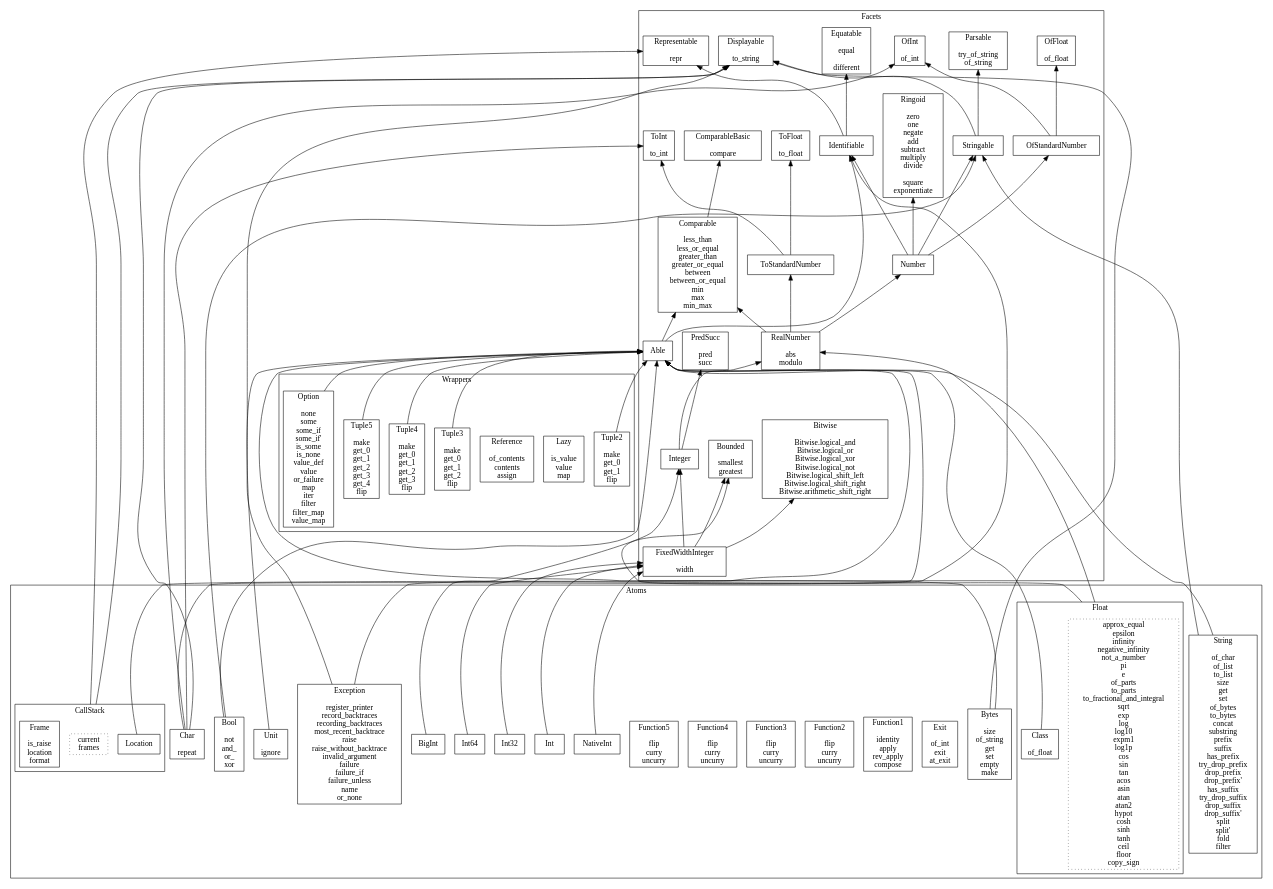
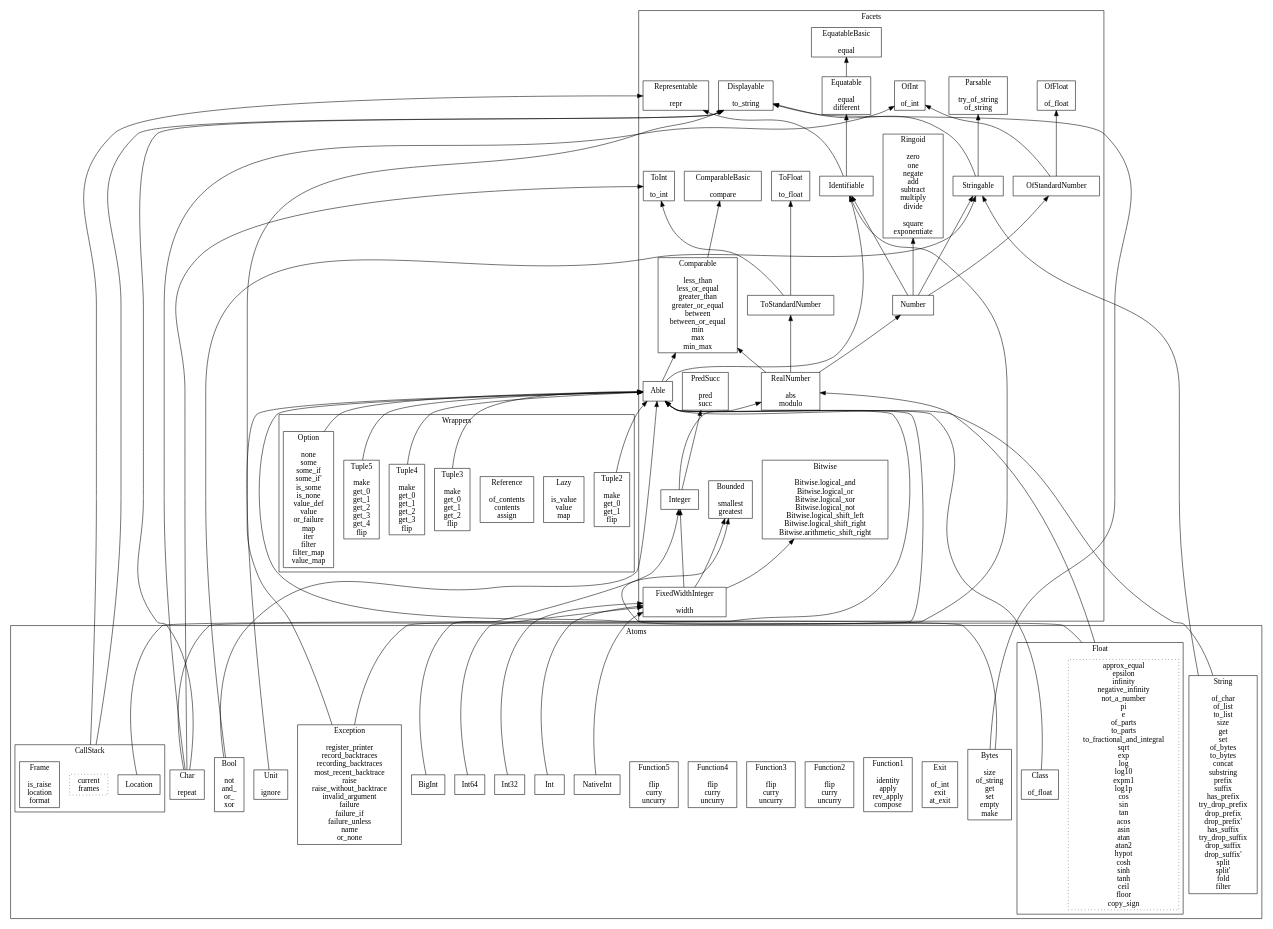
The diagram in doc/Facets.dot (jacquev6/General), drawn with Graphviz before and after one commit. The commit also changed 16 other files, not shown here.

Commit message:
Extract facet EquatableBasic from Equatable

```diff
--- a/doc/Facets.dot
+++ b/doc/Facets.dot
@@ -1,129 +1,131 @@
 digraph {
   compound=true
   rankdir="BT"
   node [shape="box"]
   subgraph cluster_Facets {
     label="Facets"
     labelloc="b"
     representable [label="Representable\n\nrepr"]
-    equatable [label="Equatable\n\nequal\n\ndifferent"]
+    equatablebasic [label="EquatableBasic\n\nequal"]
+    equatable [label="Equatable\n\nequal\ndifferent"]
     displayable [label="Displayable\n\nto_string"]
     parsable [label="Parsable\n\ntry_of_string\nof_string"]
     comparablebasic [label="ComparableBasic\n\ncompare"]
     comparable [label="Comparable\n\nless_than\nless_or_equal\ngreater_than\ngreater_or_equal\nbetween\nbetween_or_equal\nmin\nmax\nmin_max"]
     ringoid [label="Ringoid\n\nzero\none\nnegate\nadd\nsubtract\nmultiply\ndivide\n\nsquare\nexponentiate"]
     ofint [label="OfInt\n\nof_int"]
     toint [label="ToInt\n\nto_int"]
     offloat [label="OfFloat\n\nof_float"]
     tofloat [label="ToFloat\n\nto_float"]
     predsucc [label="PredSucc\n\npred\nsucc"]
     bounded [label="Bounded\n\nsmallest\ngreatest"]
     bitwise [label="Bitwise\n\nBitwise.logical_and\nBitwise.logical_or\nBitwise.logical_xor\nBitwise.logical_not\nBitwise.logical_shift_left\nBitwise.logical_shift_right\nBitwise.arithmetic_shift_right"]
     identifiable [label="Identifiable"]
     able [label="Able"]
     stringable [label="Stringable"]
     ofstandardnumber [label="OfStandardNumber"]
     number [label="Number"]
     tostandardnumber [label="ToStandardNumber"]
     realnumber [label="RealNumber\n\nabs\nmodulo"]
     integer [label="Integer"]
     fixedwidthinteger [label="FixedWidthInteger\n\nwidth"]
   }
   subgraph cluster_Atoms {
     label="Atoms"
     labelloc="b"
     subgraph cluster_CallStack {
       label="CallStack"
       labelloc="b"
       callstack [style="dotted",label="current\nframes"]
       location [label="Location"]
       frame [label="Frame\n\nis_raise\nlocation\nformat"]
     }
     exception [label="Exception\n\nregister_printer\nrecord_backtraces\nrecording_backtraces\nmost_recent_backtrace\nraise\nraise_without_backtrace\ninvalid_argument\nfailure\nfailure_if\nfailure_unless\nname\nor_none"]
     exit [label="Exit\n\nof_int\nexit\nat_exit"]
     function1 [label="Function1\n\nidentity\napply\nrev_apply\ncompose"]
     function2 [label="Function2\n\nflip\ncurry\nuncurry"]
     function3 [label="Function3\n\nflip\ncurry\nuncurry"]
     function4 [label="Function4\n\nflip\ncurry\nuncurry"]
     function5 [label="Function5\n\nflip\ncurry\nuncurry"]
     unit [label="Unit\n\nignore"]
     bool [label="Bool\n\nnot\nand_\nor_\nxor"]
     char [label="Char\n\nrepeat"]
     int [label="Int"]
     int32 [label="Int32"]
     int64 [label="Int64"]
     nativeint [label="NativeInt"]
     bigint [label="BigInt"]
     subgraph cluster_Float {
       label="Float"
       labelloc="b"
       float [style="dotted",label="approx_equal\nepsilon\ninfinity\nnegative_infinity\nnot_a_number\npi\ne\nof_parts\nto_parts\nto_fractional_and_integral\nsqrt\nexp\nlog\nlog10\nexpm1\nlog1p\ncos\nsin\ntan\nacos\nasin\natan\natan2\nhypot\ncosh\nsinh\ntanh\nceil\nfloor\ncopy_sign"]
       float_class [label="Class\n\nof_float"]
     }
     string [label="String\n\nof_char\nof_list\nto_list\nsize\nget\nset\nof_bytes\nto_bytes\nconcat\nsubstring\nprefix\nsuffix\nhas_prefix\ntry_drop_prefix\ndrop_prefix\ndrop_prefix'\nhas_suffix\ntry_drop_suffix\ndrop_suffix\ndrop_suffix'\nsplit\nsplit'\nfold\nfilter"]
     bytes [label="Bytes\n\nsize\nof_string\nget\nset\nempty\nmake"]
   }
   subgraph cluster_Wrappers {
     label="Wrappers"
     labelloc="b"
     option [label="Option\n\nnone\nsome\nsome_if\nsome_if'\nis_some\nis_none\nvalue_def\nvalue\nor_failure\nmap\niter\nfilter\nfilter_map\nvalue_map"]
     lazy [label="Lazy\n\nis_value\nvalue\nmap"]
     reference [label="Reference\n\nof_contents\ncontents\nassign"]
     tuple2 [label="Tuple2\n\nmake\nget_0\nget_1\nflip"]
     tuple3 [label="Tuple3\n\nmake\nget_0\nget_1\nget_2\nflip"]
     tuple4 [label="Tuple4\n\nmake\nget_0\nget_1\nget_2\nget_3\nflip"]
     tuple5 [label="Tuple5\n\nmake\nget_0\nget_1\nget_2\nget_3\nget_4\nflip"]
   }
+  equatable -> equatablebasic
   comparable -> comparablebasic
   identifiable -> equatable
   identifiable -> representable
   able -> identifiable
   able -> comparable
   stringable -> displayable
   stringable -> parsable
   ofstandardnumber -> ofint
   ofstandardnumber -> offloat
   number -> identifiable
   number -> stringable
   number -> ringoid
   number -> ofstandardnumber
   tostandardnumber -> toint
   tostandardnumber -> tofloat
   realnumber -> number
   realnumber -> comparable
   realnumber -> tostandardnumber
   integer -> realnumber
   integer -> predsucc
   fixedwidthinteger -> integer
   fixedwidthinteger -> bounded
   fixedwidthinteger -> bitwise
   callstack -> displayable [ltail="cluster_CallStack"]
   callstack -> representable [ltail="cluster_CallStack"]
   location -> able
   exception -> identifiable
   exception -> displayable
   unit -> able
   bool -> able
   bool -> stringable
   char -> able
   char -> displayable
   char -> ofint
   char -> toint
   int -> fixedwidthinteger
   int32 -> fixedwidthinteger
   int64 -> fixedwidthinteger
   nativeint -> fixedwidthinteger
   bigint -> integer
   float -> realnumber [ltail="cluster_Float"]
   float -> bounded [ltail="cluster_Float"]
   float_class -> able
   string -> able
   string -> stringable
   bytes -> able
   bytes -> displayable
   option -> able
   tuple2 -> able
   tuple3 -> able
   tuple4 -> able
   tuple5 -> able
 }
```
